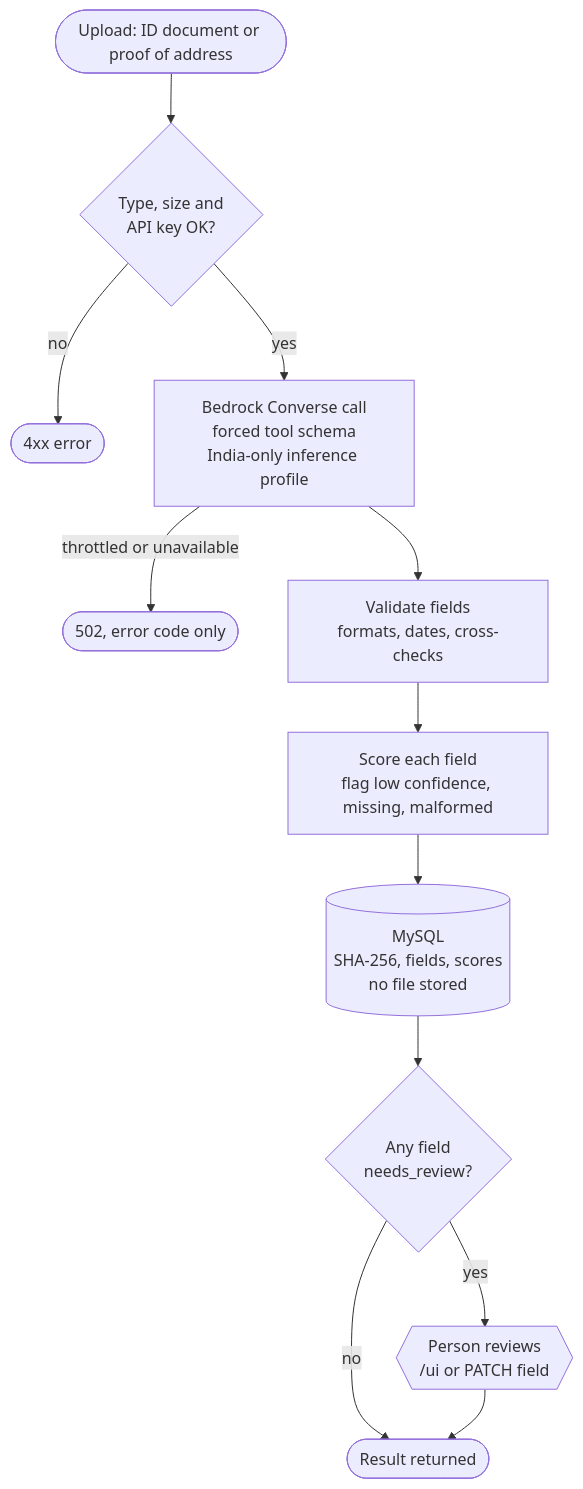
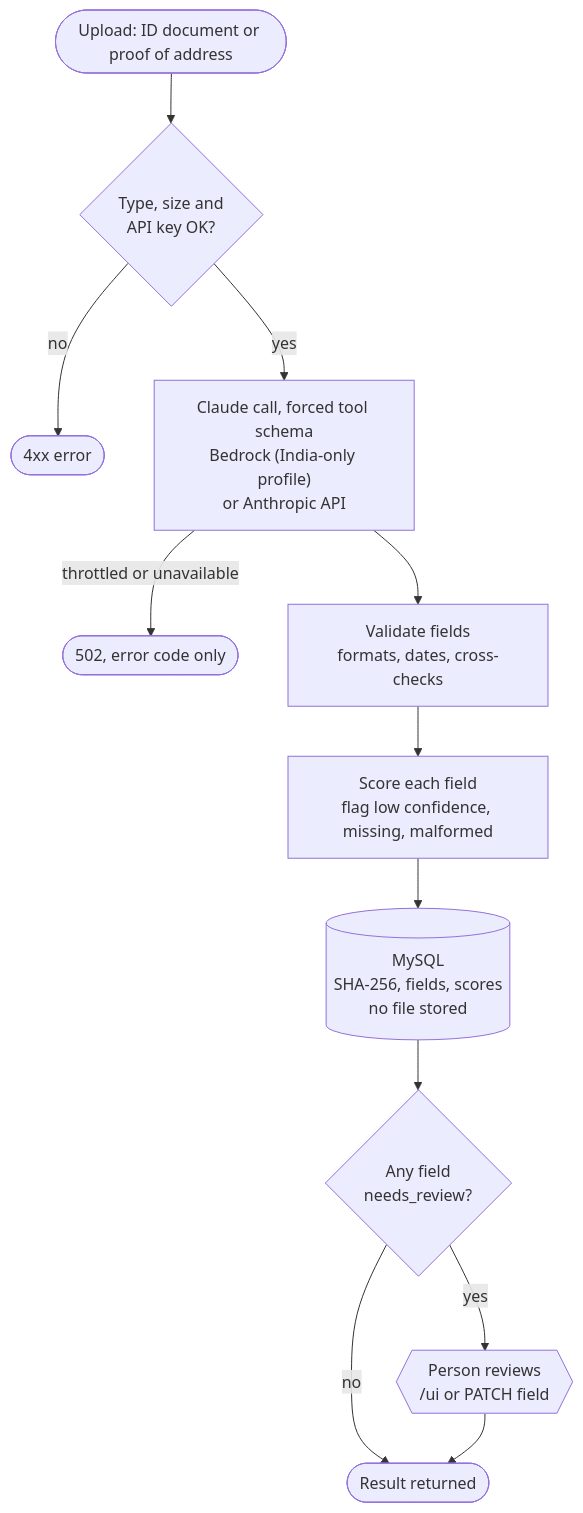
Before and after one commit to meetbrij/prod-grade-e2e-devsecops-pipeline: the first of 10 diagrams in README.md, drawn with Mermaid. The commit also changed other lines of this file and 27 other files, not shown here.

Commit message:
swap bedrock with anthropic api

````diff
--- a/README.md
+++ b/README.md
@@ -36,14 +36,14 @@
 ```mermaid
 flowchart TD
     START([Upload: ID document or proof of address]) --> check{Type, size and<br/>API key OK?}
     check -->|no| REJ([4xx error])
-    check -->|yes| extract["Bedrock Converse call<br/>forced tool schema<br/>India-only inference profile"]
+    check -->|yes| extract["Claude call, forced tool schema<br/>Bedrock (India-only profile)<br/>or Anthropic API"]
     extract -->|throttled or unavailable| ERR([502, error code only])
     extract --> validate[Validate fields<br/>formats, dates, cross-checks]
     validate --> score[Score each field<br/>flag low confidence, missing, malformed]
     score --> store[(MySQL<br/>SHA-256, fields, scores<br/>no file stored)]
     store --> flagged{Any field<br/>needs_review?}
     flagged -->|no| DONE([Result returned])
     flagged -->|yes| review{{"Person reviews<br/>/ui or PATCH field"}}
     review --> DONE
 ```
````
